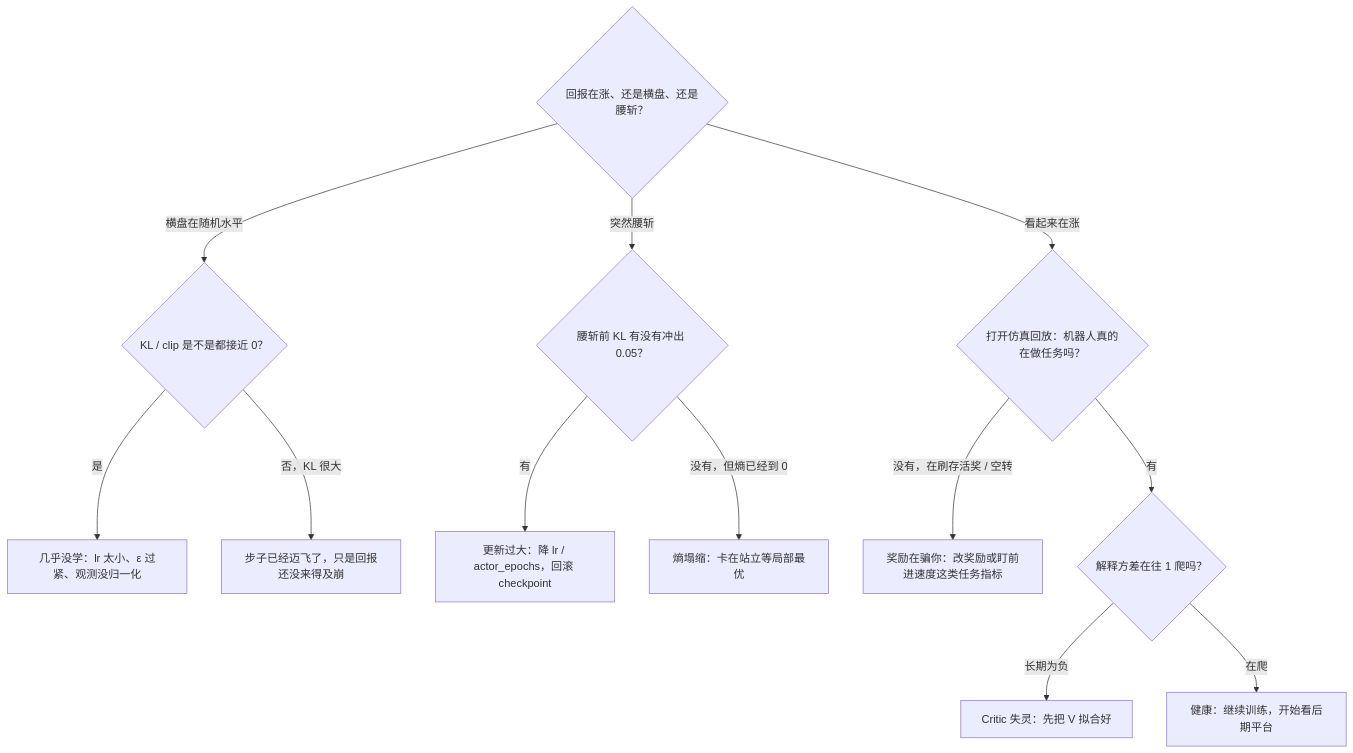
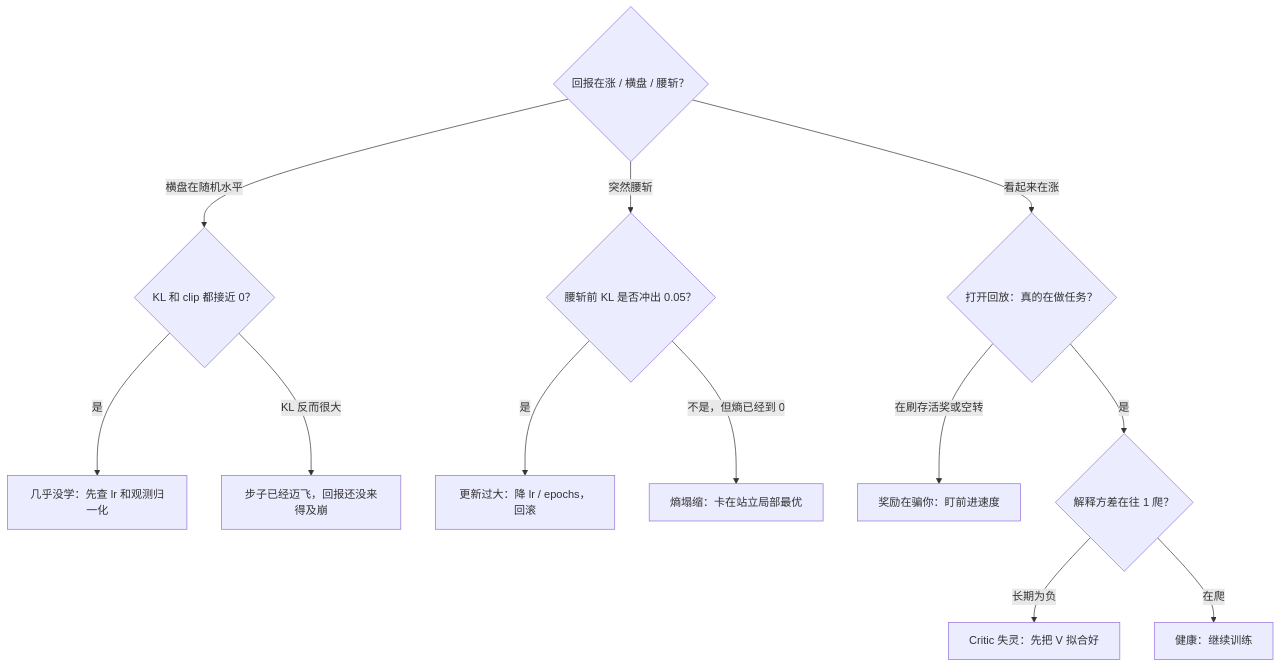
Diagram 11 of 14 in papers/01_Foundational_RL/PPO_Proximal_Policy_Optimization/PPO_Proximal_Policy_Optimization.md (ImChong/Robot_Learning_Paper_Notebooks), drawn with Mermaid before and after one commit. The commit also changed other lines of this file and 1 other file, not shown here.

Commit message:
fix(PPO): 调整曲线实验台排版并收紧速查表与诊断图
病历按钮与迭代滑块分行，KL 纵轴按病历缩放以便看见健康带；方向速查表改为四列以免裁切，诊断流程图节点文案缩短。

```diff
--- a/papers/01_Foundational_RL/PPO_Proximal_Policy_Optimization/PPO_Proximal_Policy_Optimization.md
+++ b/papers/01_Foundational_RL/PPO_Proximal_Policy_Optimization/PPO_Proximal_Policy_Optimization.md
@@ -582,15 +582,15 @@
 <div class="mermaid">
 flowchart TB
-    R{"回报在涨、还是横盘、还是腰斩？"}
-    R -->|横盘在随机水平| K0{"KL / clip 是不是都接近 0？"}
-    K0 -->|是| Tiny["几乎没学：lr 太小、ε 过紧、观测没归一化"]
-    K0 -->|否，KL 很大| BigEarly["步子已经迈飞了，只是回报还没来得及崩"]
-    R -->|突然腰斩| K1{"腰斩前 KL 有没有冲出 0.05？"}
-    K1 -->|有| Big["更新过大：降 lr / actor_epochs，回滚 checkpoint"]
-    K1 -->|没有，但熵已经到 0| Ent["熵塌缩：卡在站立等局部最优"]
-    R -->|看起来在涨| Vid{"打开仿真回放：机器人真的在做任务吗？"}
-    Vid -->|没有，在刷存活奖 / 空转| Hack["奖励在骗你：改奖励或盯前进速度这类任务指标"]
-    Vid -->|有| EV{"解释方差在往 1 爬吗？"}
+    R{"回报在涨 / 横盘 / 腰斩？"}
+    R -->|横盘在随机水平| K0{"KL 和 clip 都接近 0？"}
+    K0 -->|是| Tiny["几乎没学：先查 lr 和观测归一化"]
+    K0 -->|KL 反而很大| BigEarly["步子已经迈飞，回报还没来得及崩"]
+    R -->|突然腰斩| K1{"腰斩前 KL 是否冲出 0.05？"}
+    K1 -->|是| Big["更新过大：降 lr / epochs，回滚"]
+    K1 -->|不是，但熵已经到 0| Ent["熵塌缩：卡在站立局部最优"]
+    R -->|看起来在涨| Vid{"打开回放：真的在做任务？"}
+    Vid -->|在刷存活奖或空转| Hack["奖励在骗你：盯前进速度"]
+    Vid -->|是| EV{"解释方差在往 1 爬？"}
     EV -->|长期为负| Critic["Critic 失灵：先把 V 拟合好"]
-    EV -->|在爬| OK["健康：继续训练，开始看后期平台"]
+    EV -->|在爬| OK["健康：继续训练"]
 </div>
```
